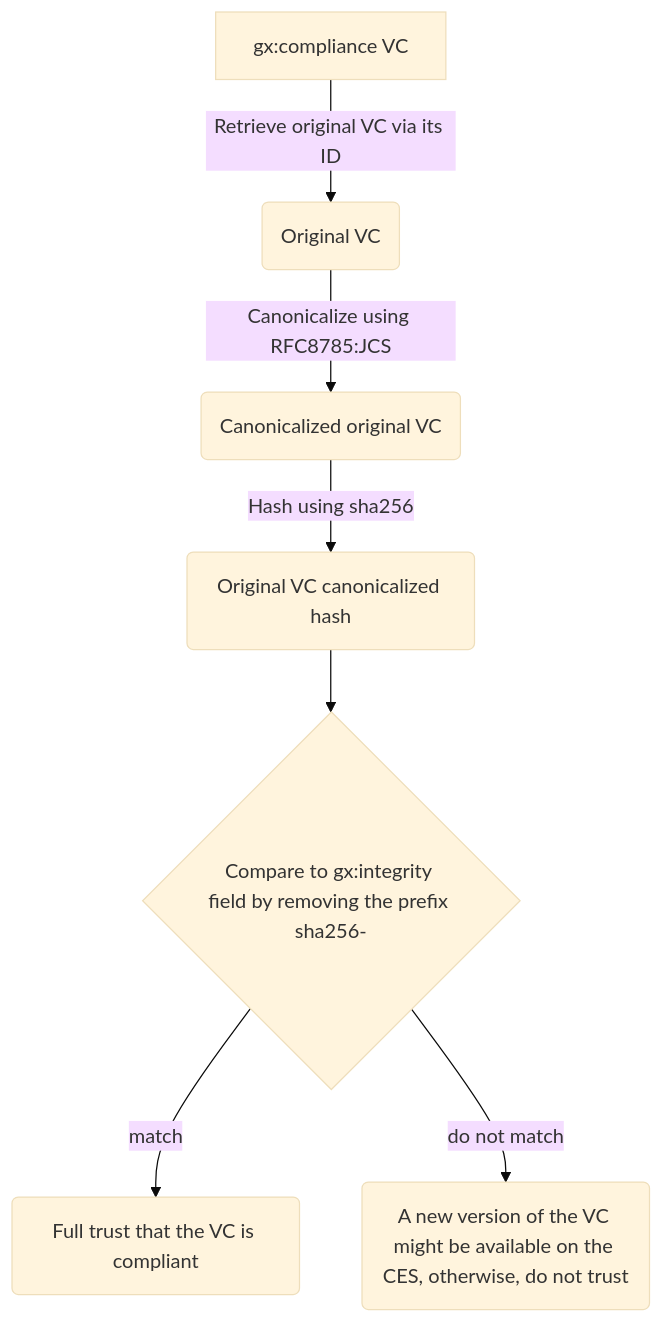
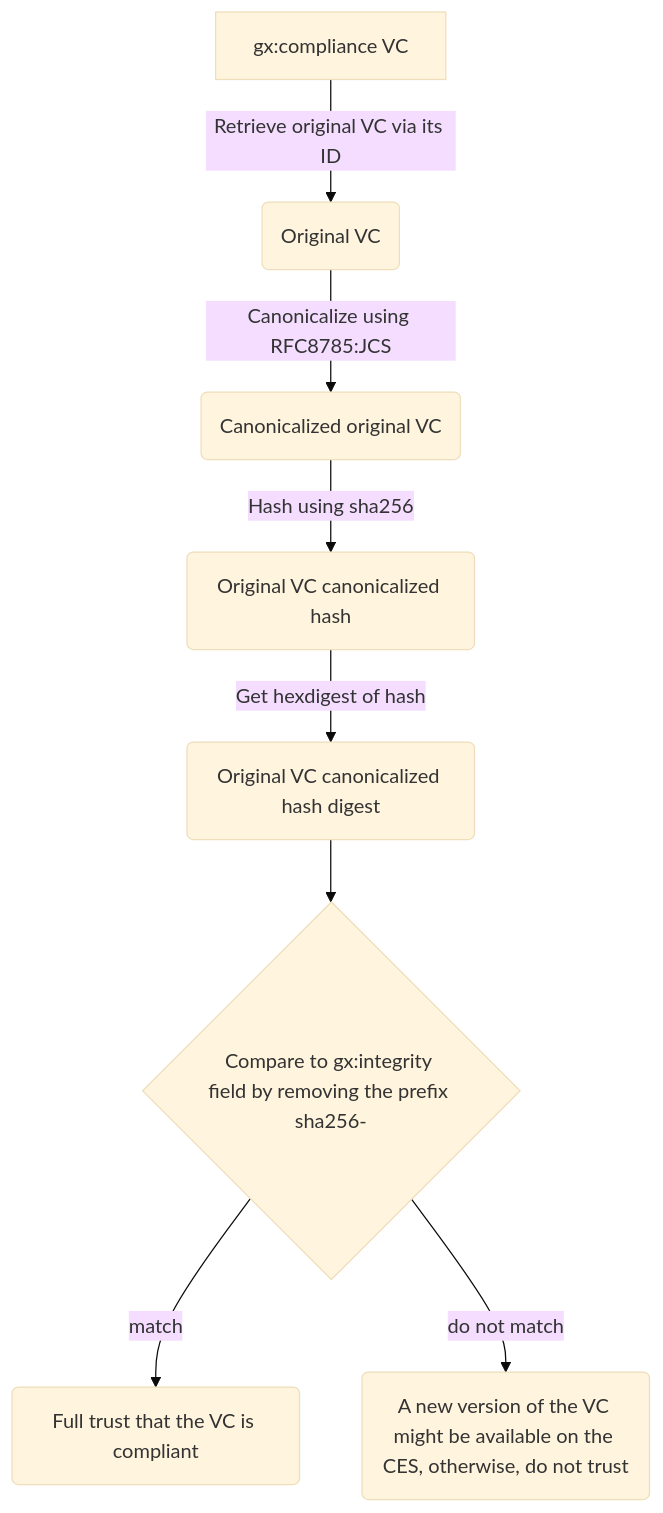
One commit to smartSenseSolutions/Gaia-X-Compliance-Service changed the second of 2 diagrams in README-api.md. Above: the diagram before and after it, drawn with Mermaid (base theme).

Commit message:
Update file README-api.md

````diff
--- a/README-api.md
+++ b/README-api.md
@@ -266,9 +266,10 @@
 ```mermaid
 flowchart TD
     A[gx:compliance VC] -->|Retrieve original VC via its ID| B(Original VC)
     B -->|Canonicalize using RFC8785:JCS| C(Canonicalized original VC)
     C -->|Hash using sha256| D(Original VC canonicalized hash)
-    D --> E{Compare to gx:integrity field by removing the prefix sha256-}
+    D -->|Get hexdigest of hash| H(Original VC canonicalized hash digest)
+    H --> E{Compare to gx:integrity field by removing the prefix sha256-}
     E -->|match| F(Full trust that the VC is compliant)
     E -->|do not match| G(A new version of the VC might be available on the CES, otherwise, do not trust)
 ```
````
